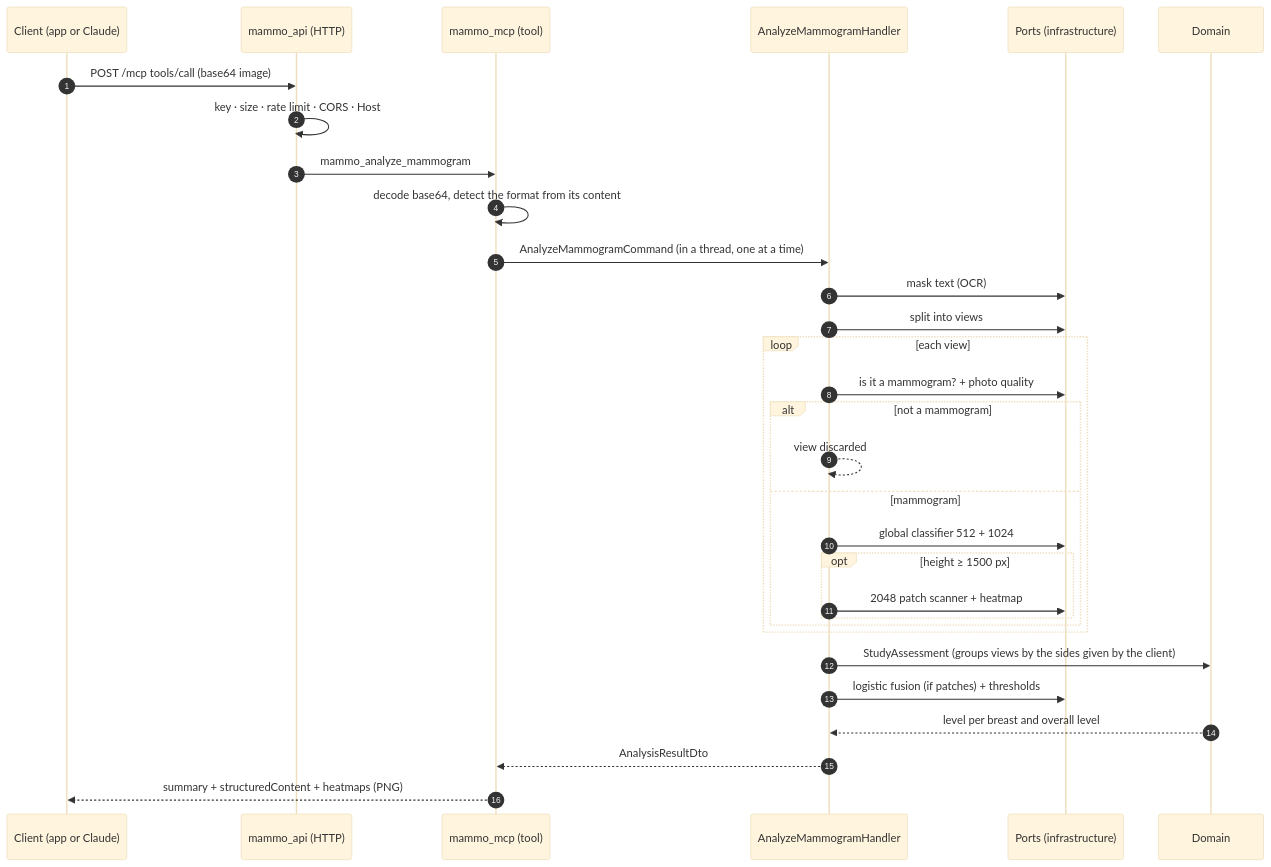
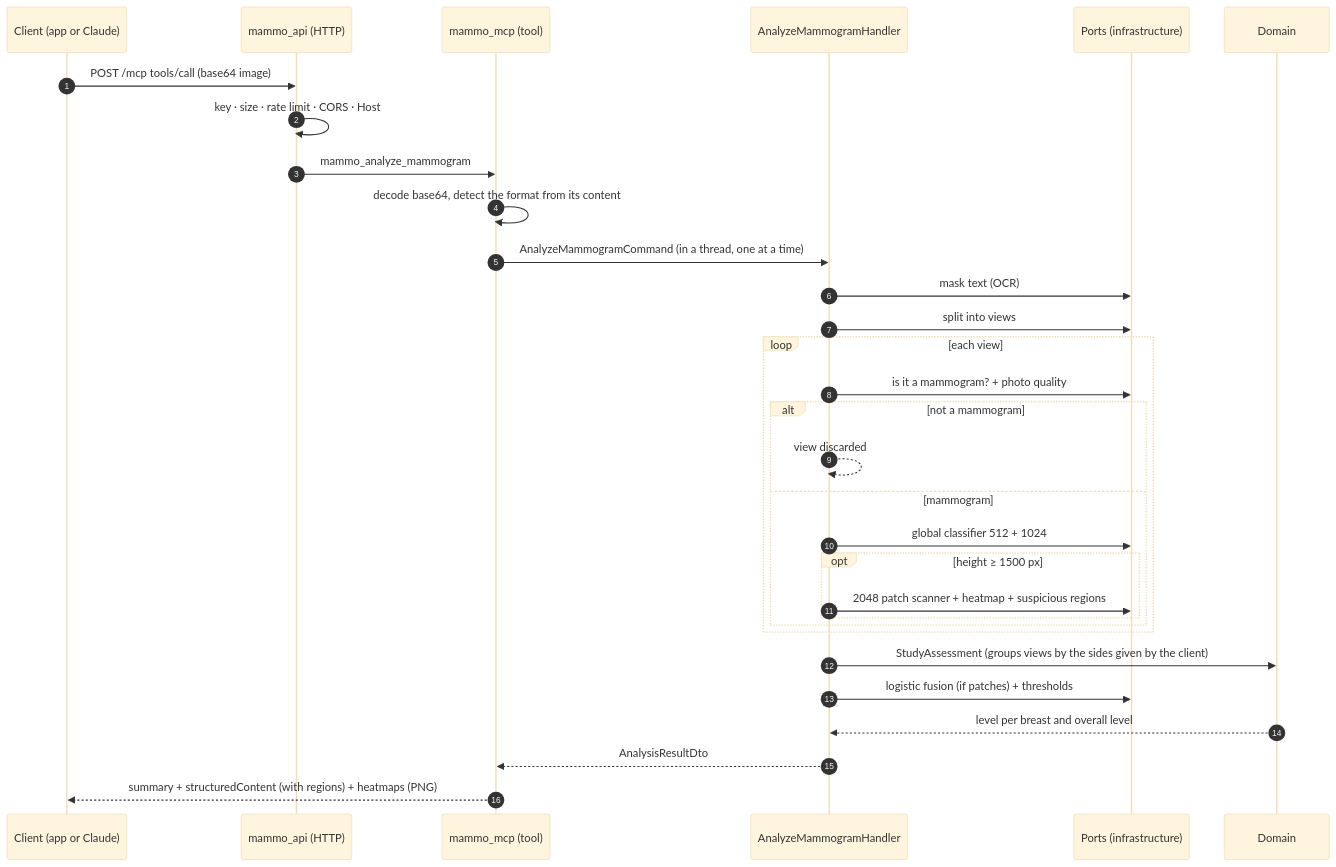
One commit to avalderrama/ai-mammogram-triage changed the third of 4 diagrams in docs/architecture.md. Above: the diagram before and after it, drawn with Mermaid (base theme). The commit also changed other lines of this file and 12 other files, not shown here.

First line of the commit message:
Return the most suspicious regions of each view

````diff
--- a/docs/architecture.md
+++ b/docs/architecture.md
@@ -74,33 +74,33 @@
 ```mermaid
 sequenceDiagram
     autonumber
     participant C as Client (app or Claude)
     participant H as mammo_api (HTTP)
     participant T as mammo_mcp (tool)
     participant U as AnalyzeMammogramHandler
     participant P as Ports (infrastructure)
     participant D as Domain
     C->>H: POST /mcp tools/call (base64 image)
     H->>H: key · size · rate limit · CORS · Host
     H->>T: mammo_analyze_mammogram
     T->>T: decode base64, detect the format from its content
     T->>U: AnalyzeMammogramCommand (in a thread, one at a time)
     U->>P: mask text (OCR)
     U->>P: split into views
     loop each view
         U->>P: is it a mammogram? + photo quality
         alt not a mammogram
             U-->>U: view discarded
         else mammogram
             U->>P: global classifier 512 + 1024
             opt height ≥ 1500 px
-                U->>P: 2048 patch scanner + heatmap
+                U->>P: 2048 patch scanner + heatmap + suspicious regions
             end
         end
     end
     U->>D: StudyAssessment (groups views by the sides given by the client)
     U->>P: logistic fusion (if patches) + thresholds
     D-->>U: level per breast and overall level
     U-->>T: AnalysisResultDto
-    T-->>C: summary + structuredContent + heatmaps (PNG)
+    T-->>C: summary + structuredContent (with regions) + heatmaps (PNG)
 ```
````
